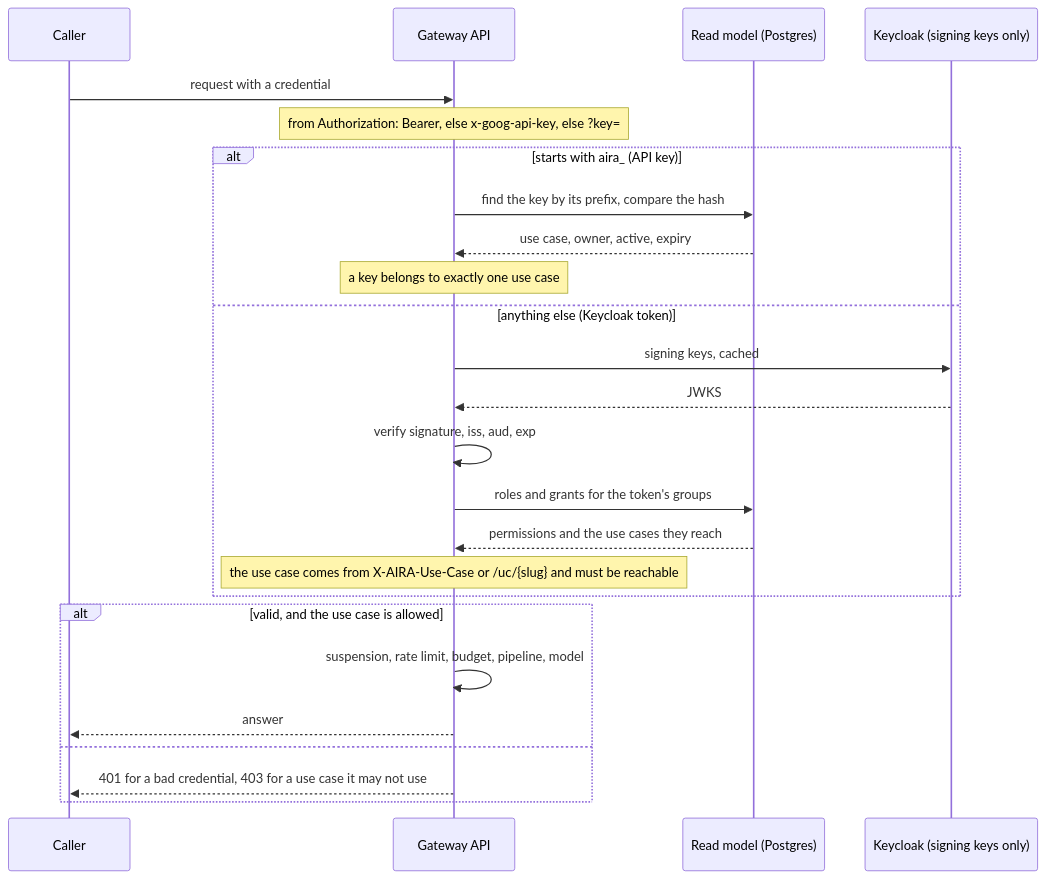
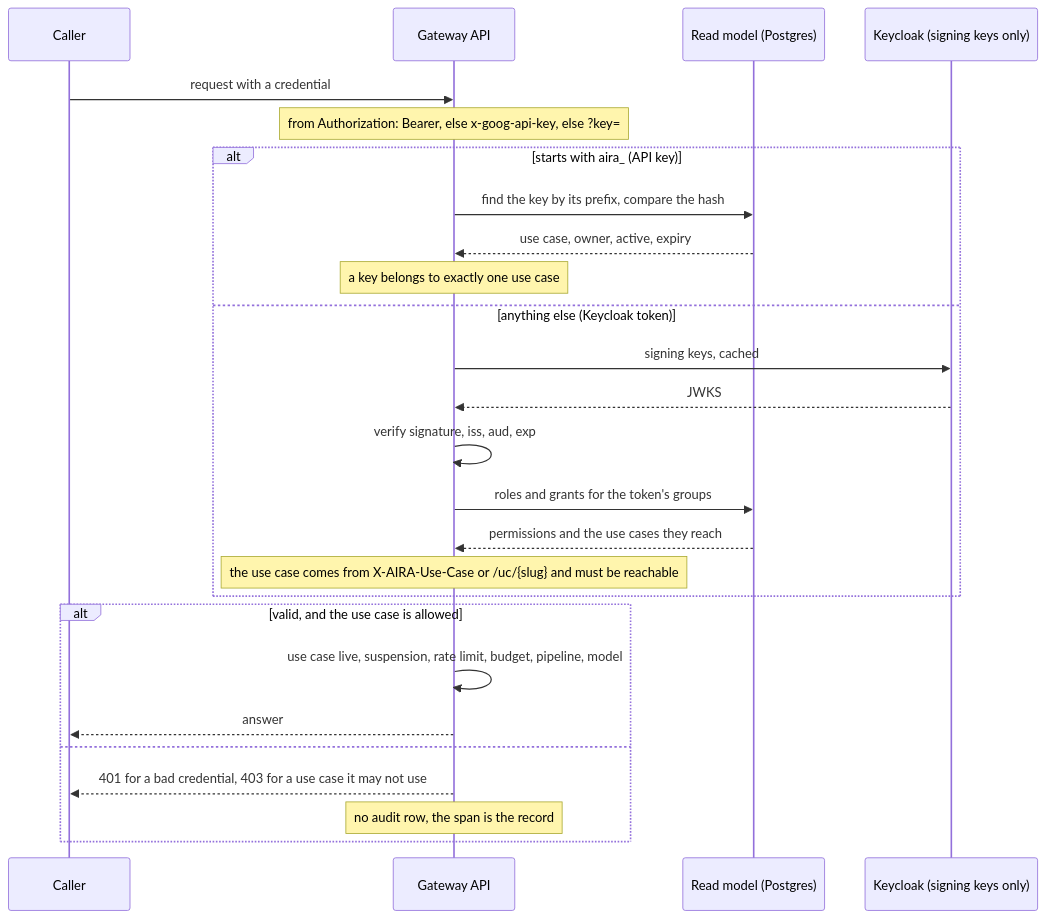
Diagram 12 of 13 in docs/ARCHITECTURE.md (InigoImago/AIRA-Gateway), drawn with Mermaid before and after one commit. The commit also changed other lines of this file and 179 other files, not shown here.

````diff
--- a/docs/ARCHITECTURE.md
+++ b/docs/ARCHITECTURE.md
@@ -926,28 +1071,29 @@
 ```mermaid
 sequenceDiagram
     participant X as Caller
     participant G as Gateway API
     participant R as Read model (Postgres)
     participant K as Keycloak (signing keys only)
 
     X->>G: request with a credential
     Note over G: from Authorization: Bearer, else x-goog-api-key, else ?key=
     alt starts with aira_ (API key)
         G->>R: find the key by its prefix, compare the hash
         R-->>G: use case, owner, active, expiry
         Note over G: a key belongs to exactly one use case
     else anything else (Keycloak token)
         G->>K: signing keys, cached
         K-->>G: JWKS
         G->>G: verify signature, iss, aud, exp
         G->>R: roles and grants for the token's groups
         R-->>G: permissions and the use cases they reach
         Note over G: the use case comes from X-AIRA-Use-Case or /uc/{slug} and must be reachable
     end
     alt valid, and the use case is allowed
-        G->>G: suspension, rate limit, budget, pipeline, model
+        G->>G: use case live, suspension, rate limit, budget, pipeline, model
         G-->>X: answer
     else
         G-->>X: 401 for a bad credential, 403 for a use case it may not use
+        Note over G: no audit row, the span is the record
     end
 ```
````
